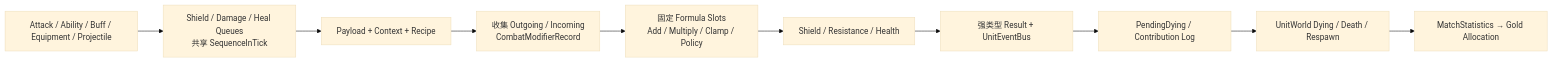
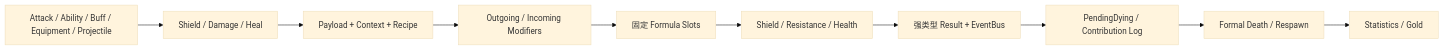
Before and after one commit to Mosya-CX/FrameSyncMobaDemo: the fourth of 9 diagrams in README.md, drawn with Mermaid (base theme). The commit also changed other lines of this file, not shown here.

````diff
--- a/README.md
+++ b/README.md
@@ -192,12 +149,12 @@
 ```mermaid
 flowchart LR
-    Sources["Attack / Ability / Buff / Equipment / Projectile"] --> Queues["Shield / Damage / Heal Queues<br/>共享 SequenceInTick"]
-    Queues --> Payload["Payload + Context + Recipe"]
-    Payload --> Mods["收集 Outgoing / Incoming<br/>CombatModifierRecord"]
-    Mods --> Formula["固定 Formula Slots<br/>Add / Multiply / Clamp / Policy"]
-    Formula --> Apply["Shield / Resistance / Health"]
-    Apply --> Result["强类型 Result + UnitEventBus"]
-    Result --> Pending["PendingDying / Contribution Log"]
-    Pending --> Lifecycle["UnitWorld Dying / Death / Respawn"]
-    Lifecycle --> Reward["MatchStatistics → Gold Allocation"]
+    Sources[Attack / Ability / Buff / Equipment / Projectile] --> Queues[Shield / Damage / Heal]
+    Queues --> Context[Payload + Context + Recipe]
+    Context --> Mods[Outgoing / Incoming Modifiers]
+    Mods --> Formula[固定 Formula Slots]
+    Formula --> Apply[Shield / Resistance / Health]
+    Apply --> Result[强类型 Result + EventBus]
+    Result --> Pending[PendingDying / Contribution Log]
+    Pending --> Lifecycle[Formal Death / Respawn]
+    Lifecycle --> Reward[Statistics / Gold]
 ```
````
